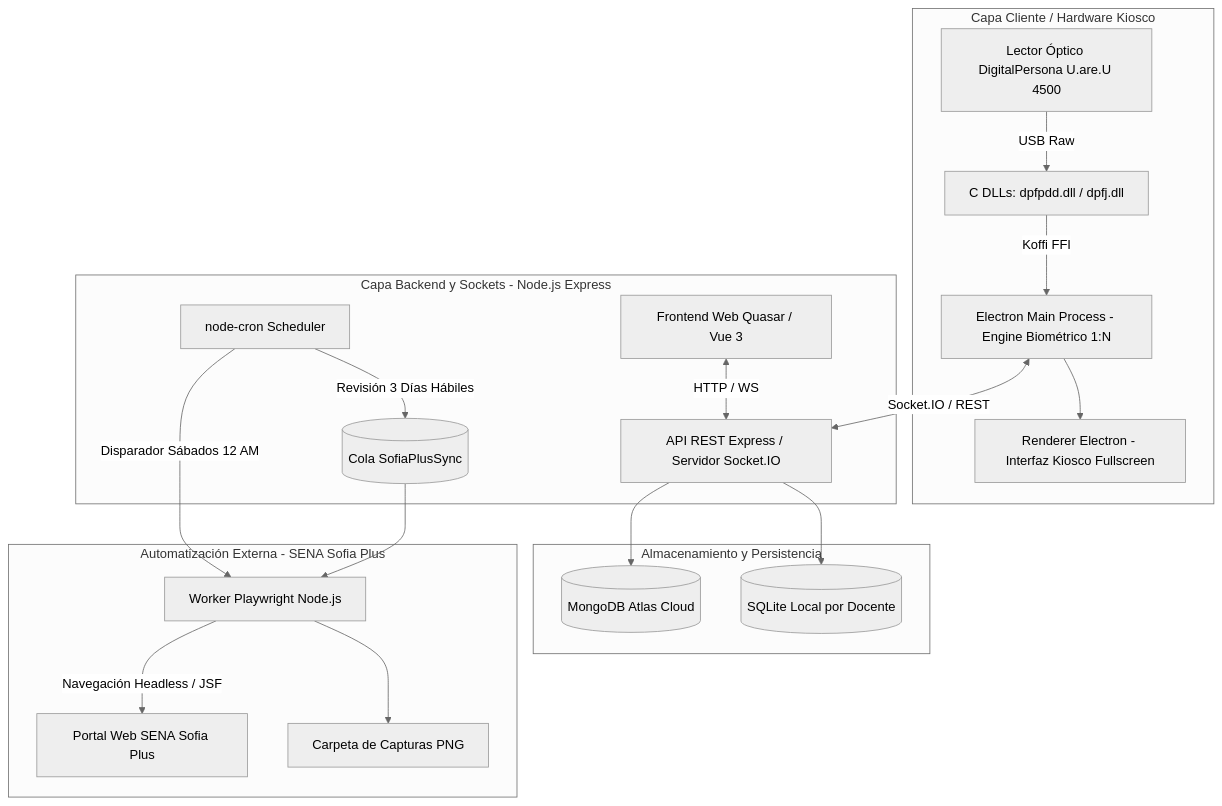
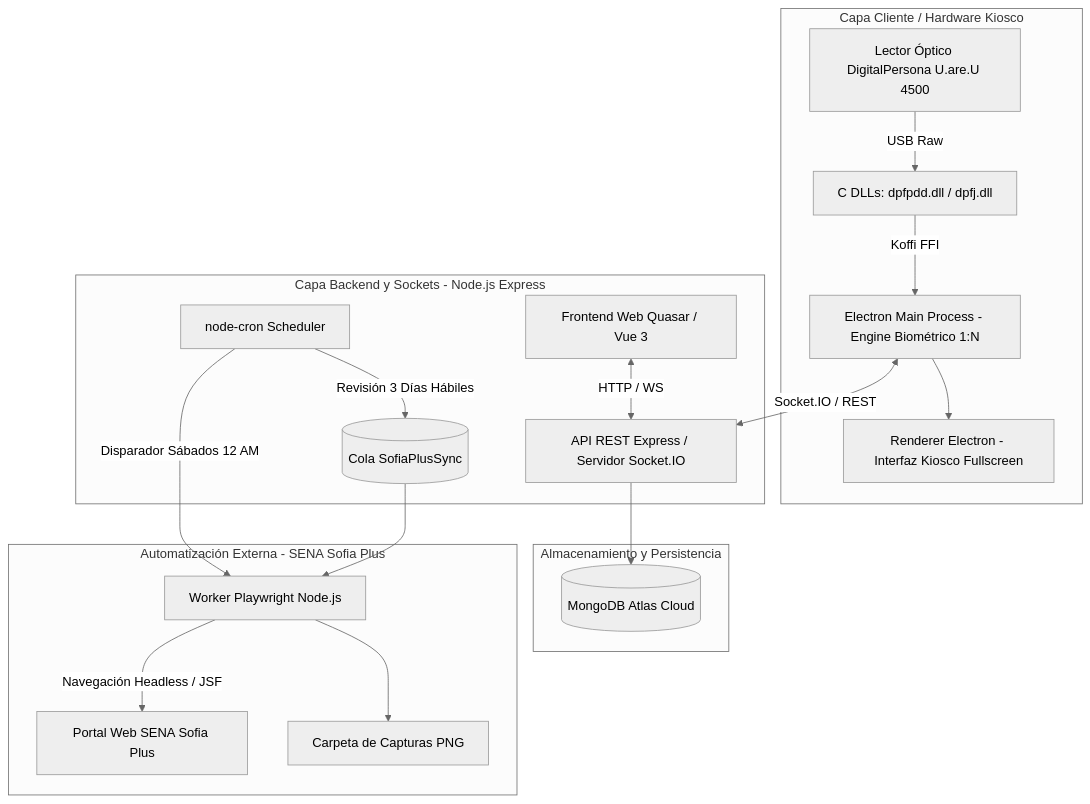
Before and after one commit to JuanViviescas00/Asista: the second of 5 diagrams in docs/PRD.md, drawn with Mermaid (neutral theme). The commit also changed other lines of this file and 9 other files, not shown here.

````diff
--- a/docs/PRD.md
+++ b/docs/PRD.md
@@ -107,26 +107,25 @@
 ```mermaid
 flowchart TB
     subgraph CAPA_DISPOSITIVO [Capa Cliente / Hardware Kiosco]
         Sensor[Lector Óptico DigitalPersona U.are.U 4500] -->|USB Raw| DLL[C DLLs: dpfpdd.dll / dpfj.dll]
         DLL -->|Koffi FFI| MainElectron[Electron Main Process - Engine Biométrico 1:N]
         MainElectron --> RendererVue[Renderer Electron - Interfaz Kiosco Fullscreen]
     end
 
     subgraph CAPA_SERVICIOS [Capa Backend y Sockets - Node.js Express]
         MainElectron <-->|Socket.IO / REST| BackendApp[API REST Express / Servidor Socket.IO]
         WebApp[Frontend Web Quasar / Vue 3] <-->|HTTP / WS| BackendApp
         Cron[node-cron Scheduler] -->|Revisión 3 Días Hábiles| SofiaQueue[(Cola SofiaPlusSync)]
     end
 
     subgraph CAPA_DATOS [Almacenamiento y Persistencia]
         BackendApp --> MongoAtlas[(MongoDB Atlas Cloud)]
-        BackendApp --> SqliteStore[(SQLite Local por Docente)]
     end
 
     subgraph CAPA_RPA [Automatización Externa - SENA Sofia Plus]
         Cron -->|Disparador Sábados 12 AM| BotRPA[Worker Playwright Node.js]
         SofiaQueue --> BotRPA
         BotRPA -->|Navegación Headless / JSF| SofiaWeb[Portal Web SENA Sofia Plus]
         BotRPA --> Evidencias[Carpeta de Capturas PNG]
     end
 ```
````
